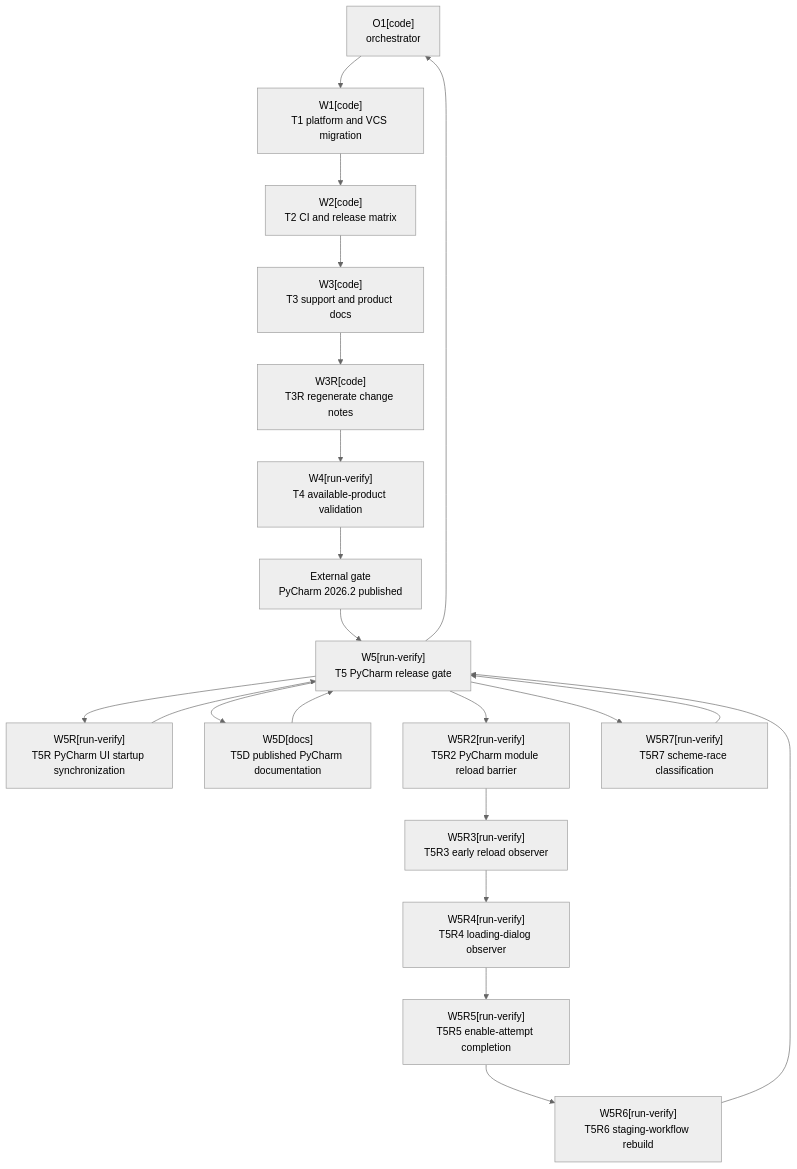
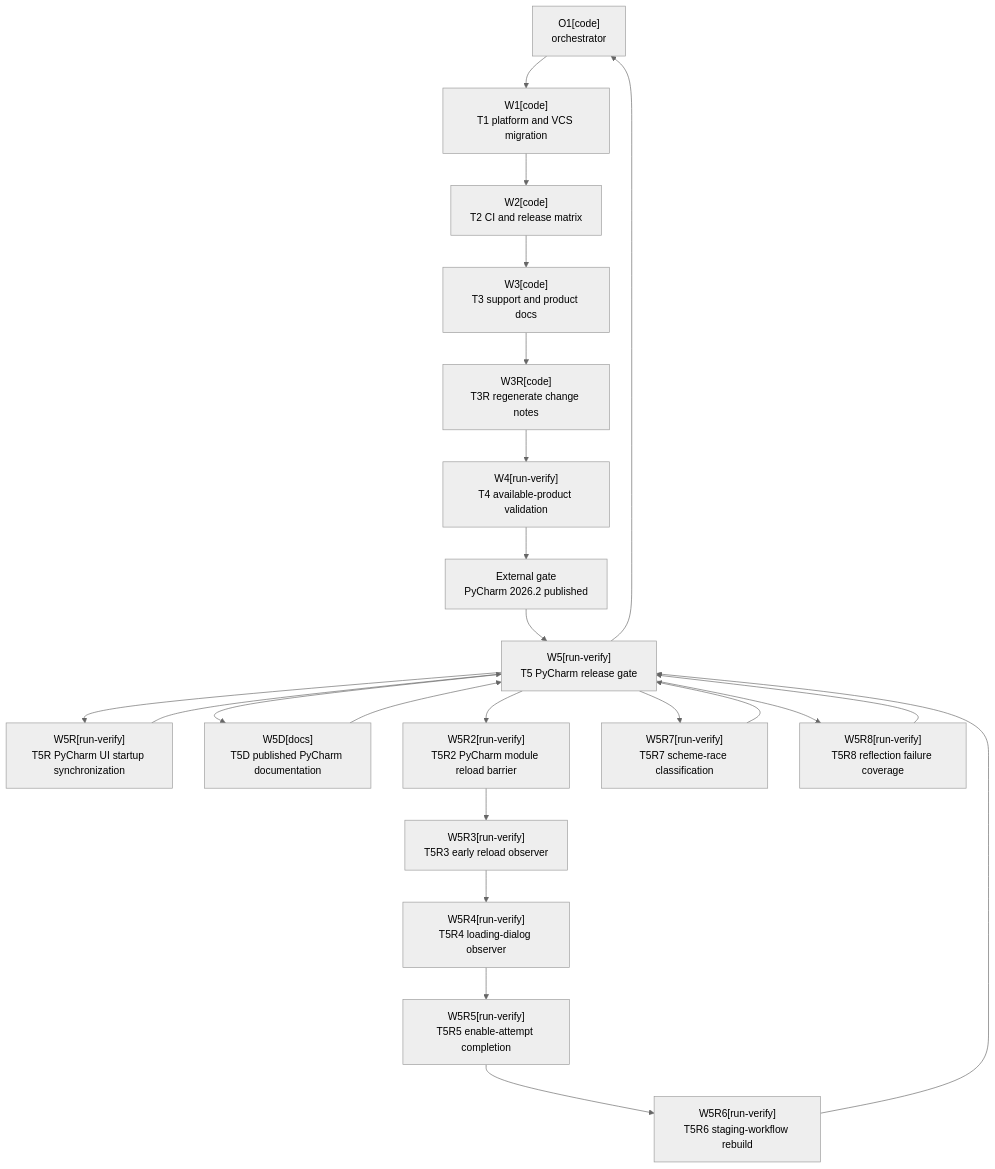
One commit to kamkie/intellij-ai-commit-all-plugin changed the diagram in .agents/plans/PLAN-intellij-2026-2-sdk-upgrade.md. Above: the diagram before and after it, drawn with Mermaid (neutral theme). The commit also changed other lines of this file, not shown here.

First line of the commit message:
docs(plan): add reflection coverage remediation

````diff
--- a/.agents/plans/PLAN-intellij-2026-2-sdk-upgrade.md
+++ b/.agents/plans/PLAN-intellij-2026-2-sdk-upgrade.md
@@ -1071,20 +1142,21 @@
 ```mermaid
 flowchart TD
     O1["O1[code]<br/>orchestrator"]
     W1["W1[code]<br/>T1 platform and VCS migration"]
     W2["W2[code]<br/>T2 CI and release matrix"]
     W3["W3[code]<br/>T3 support and product docs"]
     W3R["W3R[code]<br/>T3R regenerate change notes"]
     W4["W4[run-verify]<br/>T4 available-product validation"]
     G1["External gate<br/>PyCharm 2026.2 published"]
     W5["W5[run-verify]<br/>T5 PyCharm release gate"]
     W5R["W5R[run-verify]<br/>T5R PyCharm UI startup synchronization"]
     W5D["W5D[docs]<br/>T5D published PyCharm documentation"]
     W5R2["W5R2[run-verify]<br/>T5R2 PyCharm module reload barrier"]
     W5R3["W5R3[run-verify]<br/>T5R3 early reload observer"]
     W5R4["W5R4[run-verify]<br/>T5R4 loading-dialog observer"]
     W5R5["W5R5[run-verify]<br/>T5R5 enable-attempt completion"]
     W5R6["W5R6[run-verify]<br/>T5R6 staging-workflow rebuild"]
     W5R7["W5R7[run-verify]<br/>T5R7 scheme-race classification"]
-    O1 --> W1 --> W2 --> W3 --> W3R --> W4 --> G1 --> W5 --> W5R --> W5 --> W5D --> W5 --> W5R2 --> W5R3 --> W5R4 --> W5R5 --> W5R6 --> W5 --> W5R7 --> W5 --> O1
+    W5R8["W5R8[run-verify]<br/>T5R8 reflection failure coverage"]
+    O1 --> W1 --> W2 --> W3 --> W3R --> W4 --> G1 --> W5 --> W5R --> W5 --> W5D --> W5 --> W5R2 --> W5R3 --> W5R4 --> W5R5 --> W5R6 --> W5 --> W5R7 --> W5 --> W5R8 --> W5 --> O1
 ```
````
